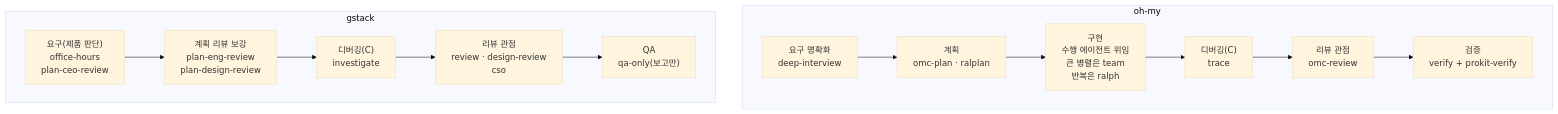
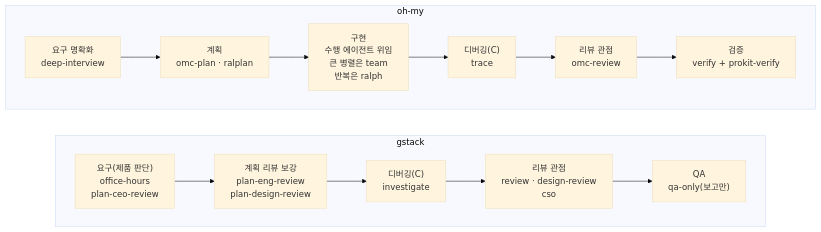
One commit to roadkwon-ai/pro-kit changed the seventh of 12 diagrams in handbook/skills/brain-flow.md. Above: the diagram before and after it, drawn with Mermaid (base theme). The commit also changed other lines of this file and 26 other files, not shown here.

````diff
--- a/handbook/skills/brain-flow.md
+++ b/handbook/skills/brain-flow.md
@@ -201,21 +213,22 @@
 ```mermaid
 ---
 config:
   flowchart:
     wrappingWidth: 200
 ---
 flowchart TB
   subgraph OM["oh-my"]
     OM1["요구 명확화<br/>deep-interview"] --> OM2["계획<br/>omc-plan · ralplan"]
     OM2 --> OM3["구현<br/>수행 에이전트 위임<br/>큰 병렬은 team<br/>반복은 ralph"]
     OM3 --> OM4["디버깅(C)<br/>trace"]
     OM4 --> OM5["리뷰 관점<br/>omc-review"]
     OM5 --> OM6["검증<br/>verify + prokit-verify"]
   end
   subgraph GS["gstack"]
     GS1["요구(제품 판단)<br/>office-hours<br/>plan-ceo-review"] --> GS2["계획 리뷰 보강<br/>plan-eng-review<br/>plan-design-review"]
     GS2 --> GS3["디버깅(C)<br/>investigate"]
     GS3 --> GS4["리뷰 관점<br/>review · design-review<br/>cso"]
     GS4 --> GS5["QA<br/>qa-only(보고만)"]
   end
+  OM ~~~ GS
 ```
````
